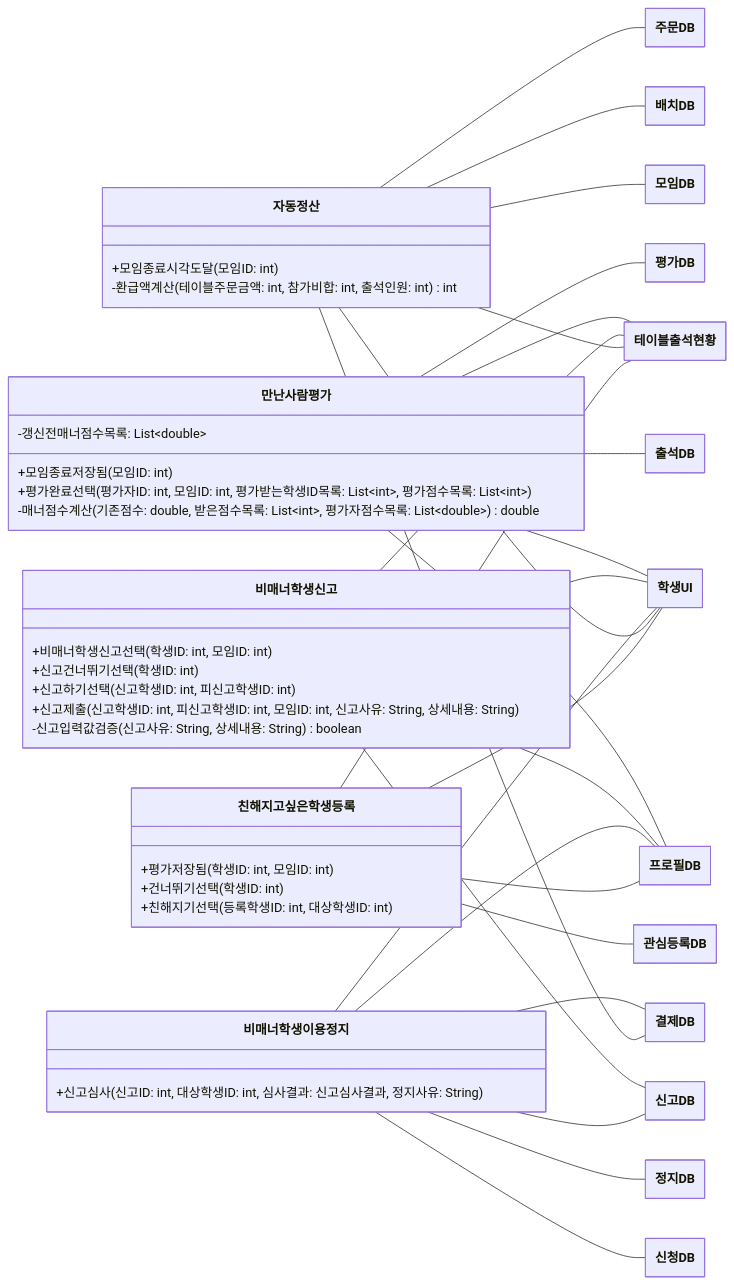
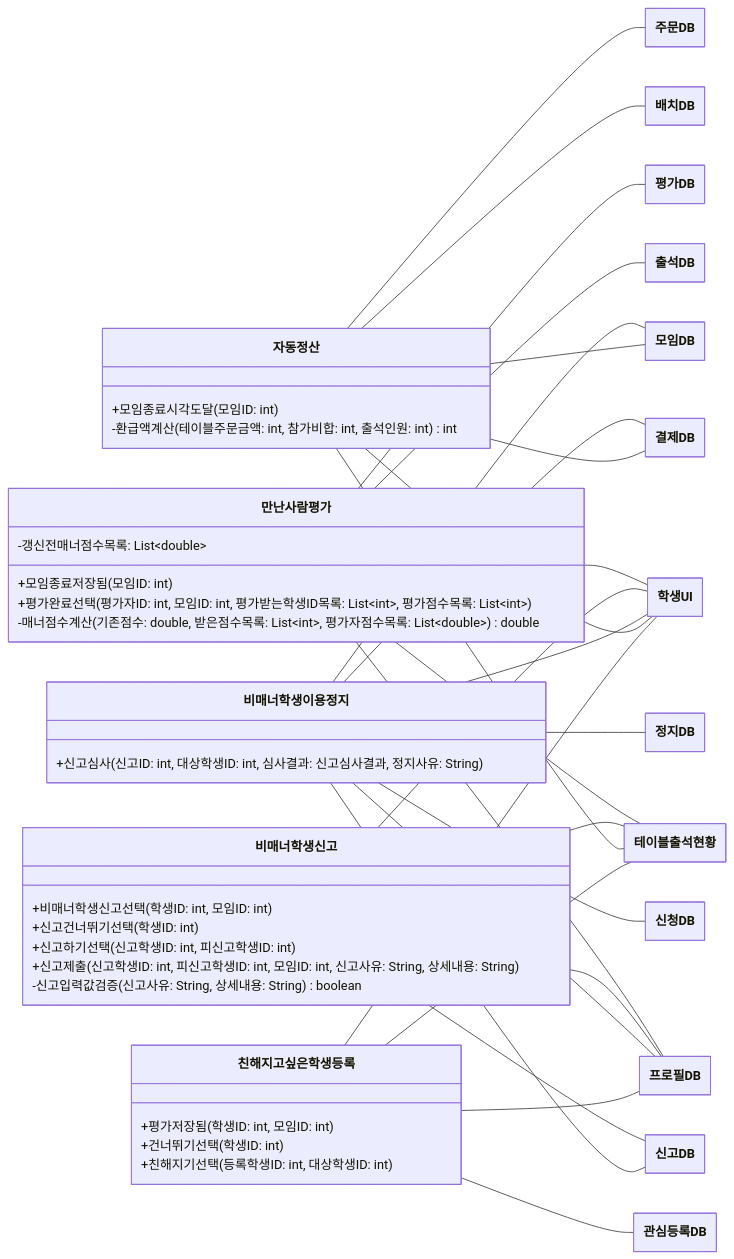
The sixth of 14 diagrams in class-diagram/class-diagram.md (hojae3/sw-engineering-16), drawn with Mermaid before and after one commit. The commit also changed other lines of this file and 5 other files, not shown here.

````diff
--- a/class-diagram/class-diagram.md
+++ b/class-diagram/class-diagram.md
@@ -481,72 +481,73 @@
 ```mermaid
 ---
 config:
   class:
     hideEmptyMembersBox: true
 ---
 classDiagram
     direction LR
     class AutoSettlement["자동정산"] {
         +모임종료시각도달(모임ID: int)
         -환급액계산(테이블주문금액: int, 참가비합: int, 출석인원: int) int
     }
     class MeetingEvaluation["만난사람평가"] {
         -갱신전매너점수목록: List~double~
         +모임종료저장됨(모임ID: int)
         +평가완료선택(평가자ID: int, 모임ID: int, 평가받는학생ID목록: List~int~, 평가점수목록: List~int~)
         -매너점수계산(기존점수: double, 받은점수목록: List~int~, 평가자점수목록: List~double~) double
     }
     class CloseStudentRegistration["친해지고싶은학생등록"] {
         +평가저장됨(학생ID: int, 모임ID: int)
         +건너뛰기선택(학생ID: int)
         +친해지기선택(등록학생ID: int, 대상학생ID: int)
     }
     class MannerReport["비매너학생신고"] {
         +비매너학생신고선택(학생ID: int, 모임ID: int)
         +신고건너뛰기선택(학생ID: int)
         +신고하기선택(신고학생ID: int, 피신고학생ID: int)
         +신고제출(신고학생ID: int, 피신고학생ID: int, 모임ID: int, 신고사유: String, 상세내용: String)
         -신고입력값검증(신고사유: String, 상세내용: String) boolean
     }
     class MannerSuspension["비매너학생이용정지"] {
         +신고심사(신고ID: int, 대상학생ID: int, 심사결과: 신고심사결과, 정지사유: String)
     }
     class PaymentDB["결제DB"]
     class InterestRegistrationDB["관심등록DB"]
     class MeetingDB["모임DB"]
     class ArrangementDB["배치DB"]
     class ReportDB["신고DB"]
     class ApplicationDB["신청DB"]
     class SuspensionDB["정지DB"]
     class OrderDB["주문DB"]
     class AttendanceDB["출석DB"]
     class TableAttendanceStatus["테이블출석현황"]
     class EvaluationDB["평가DB"]
     class ProfileDB["프로필DB"]
     class StudentUI["학생UI"]
     MannerSuspension -- PaymentDB
     AutoSettlement -- PaymentDB
     CloseStudentRegistration -- InterestRegistrationDB
     MeetingEvaluation -- AttendanceDB
     MeetingEvaluation -- TableAttendanceStatus
     MeetingEvaluation -- EvaluationDB
     MeetingEvaluation -- ProfileDB
     MeetingEvaluation -- StudentUI
+    MannerSuspension -- MeetingDB
     AutoSettlement -- MeetingDB
     AutoSettlement -- ArrangementDB
     MannerReport -- ReportDB
     MannerReport -- TableAttendanceStatus
     MannerReport -- ProfileDB
     MannerReport -- StudentUI
     MannerSuspension -- ReportDB
     MannerSuspension -- ApplicationDB
     MannerSuspension -- SuspensionDB
     MannerSuspension -- ProfileDB
     MannerSuspension -- StudentUI
     AutoSettlement -- OrderDB
     AutoSettlement -- TableAttendanceStatus
     AutoSettlement -- StudentUI
     CloseStudentRegistration -- TableAttendanceStatus
     CloseStudentRegistration -- ProfileDB
     CloseStudentRegistration -- StudentUI
 ```
````
